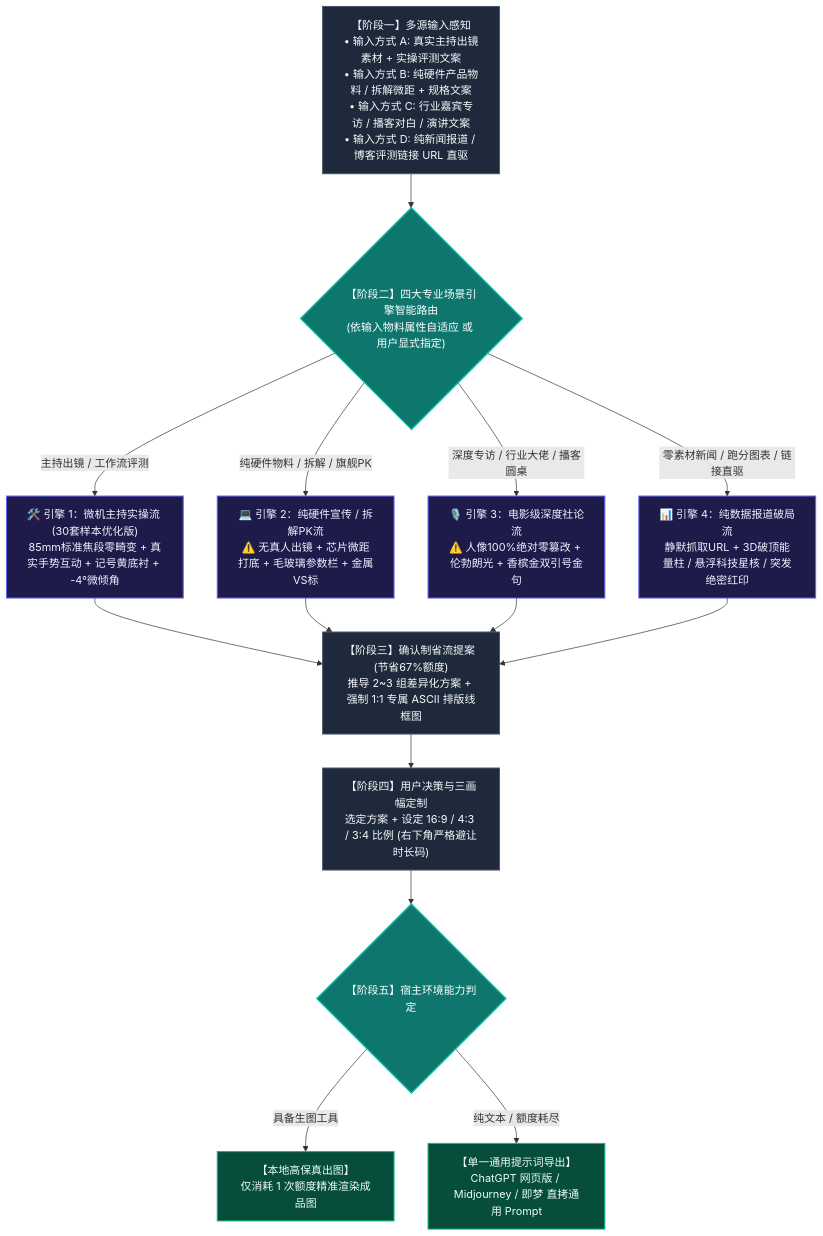
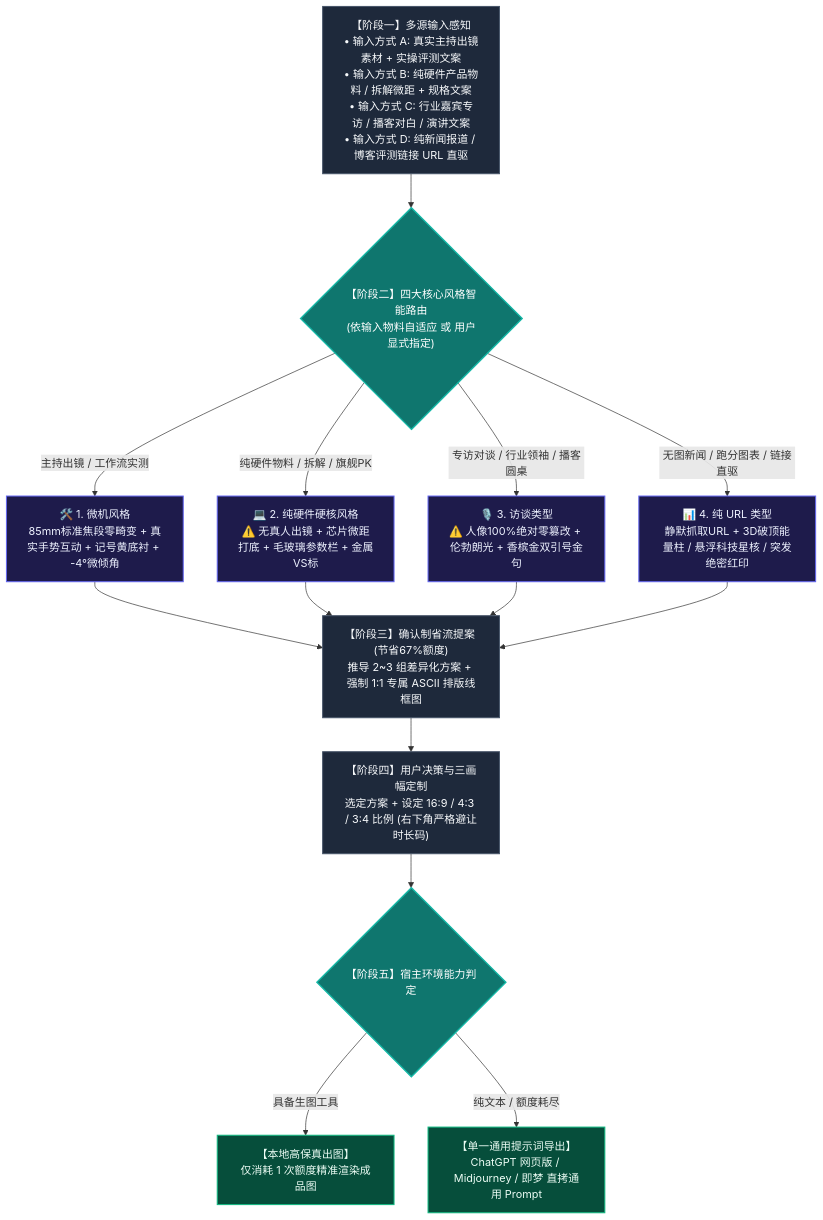
The diagram in README.md (XuBeiYou408/video-cover-designer), drawn with Mermaid before and after one commit. The commit also changed other lines of this file and 1 other file, not shown here.

Commit message:
refactor(taxonomy): standardize four core styles to 1.微机风格 2.纯硬件硬核风格 3.访谈类型 4.纯URL类型

````diff
--- a/README.md
+++ b/README.md
@@ -9,31 +15,31 @@
 ```mermaid
 flowchart TD
     A["【阶段一】多源输入感知<br>• 输入方式 A: 真实主持出镜素材 + 实操评测文案<br>• 输入方式 B: 纯硬件产品物料 / 拆解微距 + 规格文案<br>• 输入方式 C: 行业嘉宾专访 / 播客对白 / 演讲文案<br>• 输入方式 D: 纯新闻报道 / 博客评测链接 URL 直驱"]
-    --> B{"【阶段二】四大专业场景引擎智能路由<br>(依输入物料属性自适应 或 用户显式指定)"}
+    --> B{"【阶段二】四大核心风格智能路由<br>(依输入物料自适应 或 用户显式指定)"}
 
-    B -->|主持出镜 / 工作流评测| C1["🛠️ 引擎 1：微机主持实操流 (30套样本优化版)<br>85mm标准焦段零畸变 + 真实手势互动 + 记号黄底衬 + -4°微倾角"]
-    B -->|纯硬件物料 / 拆解 / 旗舰PK| C2["💻 引擎 2：纯硬件宣传 / 拆解PK流<br>⚠️ 无真人出镜 + 芯片微距打底 + 毛玻璃参数栏 + 金属VS标"]
-    B -->|深度专访 / 行业大佬 / 播客圆桌| C3["🎙️ 引擎 3：电影级深度社论流<br>⚠️ 人像100%绝对零篡改 + 伦勃朗光 + 香槟金双引号金句"]
-    B -->|零素材新闻 / 跑分图表 / 链接直驱| C4["📊 引擎 4：纯数据报道破局流<br>静默抓取URL + 3D破顶能量柱 / 悬浮科技星核 / 突发绝密红印"]
+    B -->|主持出镜 / 工作流实测| C1["🛠️ 1. 微机风格<br>85mm标准焦段零畸变 + 真实手势互动 + 记号黄底衬 + -4°微倾角"]
+    B -->|纯硬件物料 / 拆解 / 旗舰PK| C2["💻 2. 纯硬件硬核风格<br>⚠️ 无真人出镜 + 芯片微距打底 + 毛玻璃参数栏 + 金属VS标"]
+    B -->|专访对谈 / 行业领袖 / 播客圆桌| C3["🎙️ 3. 访谈类型<br>⚠️ 人像100%绝对零篡改 + 伦勃朗光 + 香槟金双引号金句"]
+    B -->|无图新闻 / 跑分图表 / 链接直驱| C4["📊 4. 纯 URL 类型<br>静默抓取URL + 3D破顶能量柱 / 悬浮科技星核 / 突发绝密红印"]
 
     C1 --> D["【阶段三】确认制省流提案 (节省67%额度)<br>推导 2~3 组差异化方案 + 强制 1:1 专属 ASCII 排版线框图"]
     C2 --> D
     C3 --> D
     C4 --> D
 
     D --> E["【阶段四】用户决策与三画幅定制<br>选定方案 + 设定 16:9 / 4:3 / 3:4 比例 (右下角严格避让时长码)"]
 
     E --> F{"【阶段五】宿主环境能力判定"}
     F -->|具备生图工具| G["【本地高保真出图】<br>仅消耗 1 次额度精准渲染成品图"]
     F -->|纯文本 / 额度耗尽| H["【单一通用提示词导出】<br>ChatGPT 网页版 / Midjourney / 即梦 直拷通用 Prompt"]
 
     classDef stage fill:#1E293B,stroke:#475569,color:#F8FAFC,stroke-width:1.5px;
     classDef decision fill:#0F766E,stroke:#14B8A6,color:#FFFFFF,stroke-width:2px;
     classDef engine fill:#1E1B4B,stroke:#6366F1,color:#EEF2FF,stroke-width:1.5px;
     classDef output fill:#064E3B,stroke:#10B981,color:#ECFDF5,stroke-width:1.5px;
 
     class A,D,E stage;
     class B,F decision;
     class C1,C2,C3,C4 engine;
     class G,H output;
 ```
````
